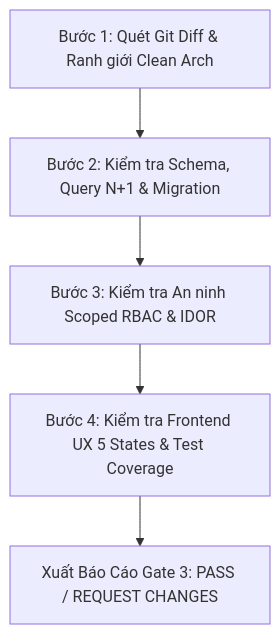
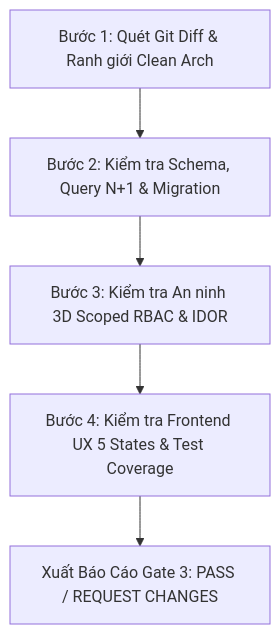
Before and after one commit to luongdt2022/TC-IT-Agent-: the diagram in skills/pr-review-guard/SKILL.md, drawn with Mermaid. The commit also changed other lines of this file and 53 other files, not shown here.

````diff
--- a/skills/pr-review-guard/SKILL.md
+++ b/skills/pr-review-guard/SKILL.md
@@ -23,7 +25,7 @@
 ```mermaid
 flowchart TD
     S1["Bước 1: Quét Git Diff & Ranh giới Clean Arch"] --> S2["Bước 2: Kiểm tra Schema, Query N+1 & Migration"]
-    S2 --> S3["Bước 3: Kiểm tra An ninh Scoped RBAC & IDOR"]
+    S2 --> S3["Bước 3: Kiểm tra An ninh 3D Scoped RBAC & IDOR"]
     S3 --> S4["Bước 4: Kiểm tra Frontend UX 5 States & Test Coverage"]
     S4 --> S5["Xuất Báo Cáo Gate 3: PASS / REQUEST CHANGES"]
 ```
````
